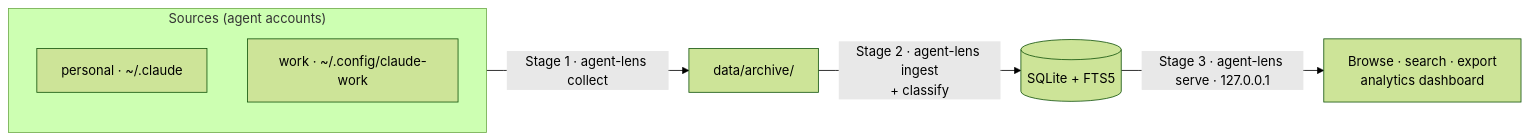
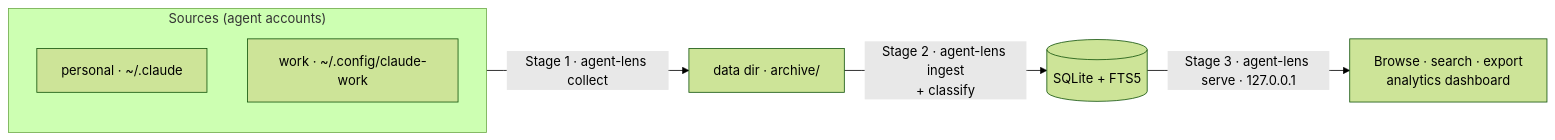
The diagram in docs/USAGE.md (SWEStash/agent-lens), drawn with Mermaid (forest theme) before and after one commit. The commit also changed other lines of this file and 6 other files, not shown here.

````diff
--- a/docs/USAGE.md
+++ b/docs/USAGE.md
@@ -6,11 +6,11 @@
 ```mermaid
 flowchart LR
   subgraph SRC["Sources (agent accounts)"]
     direction TB
     A1["personal · ~/.claude"]
     A2["work · ~/.config/claude-work"]
   end
-  SRC -->|"Stage 1 · agent-lens collect"| ARCH["data/archive/"]
+  SRC -->|"Stage 1 · agent-lens collect"| ARCH["data dir · archive/"]
   ARCH -->|"Stage 2 · agent-lens ingest<br/>+ classify"| DB[("SQLite + FTS5")]
   DB -->|"Stage 3 · agent-lens serve · 127.0.0.1"| WEB["Browse · search · export<br/>analytics dashboard"]
 ```
````
